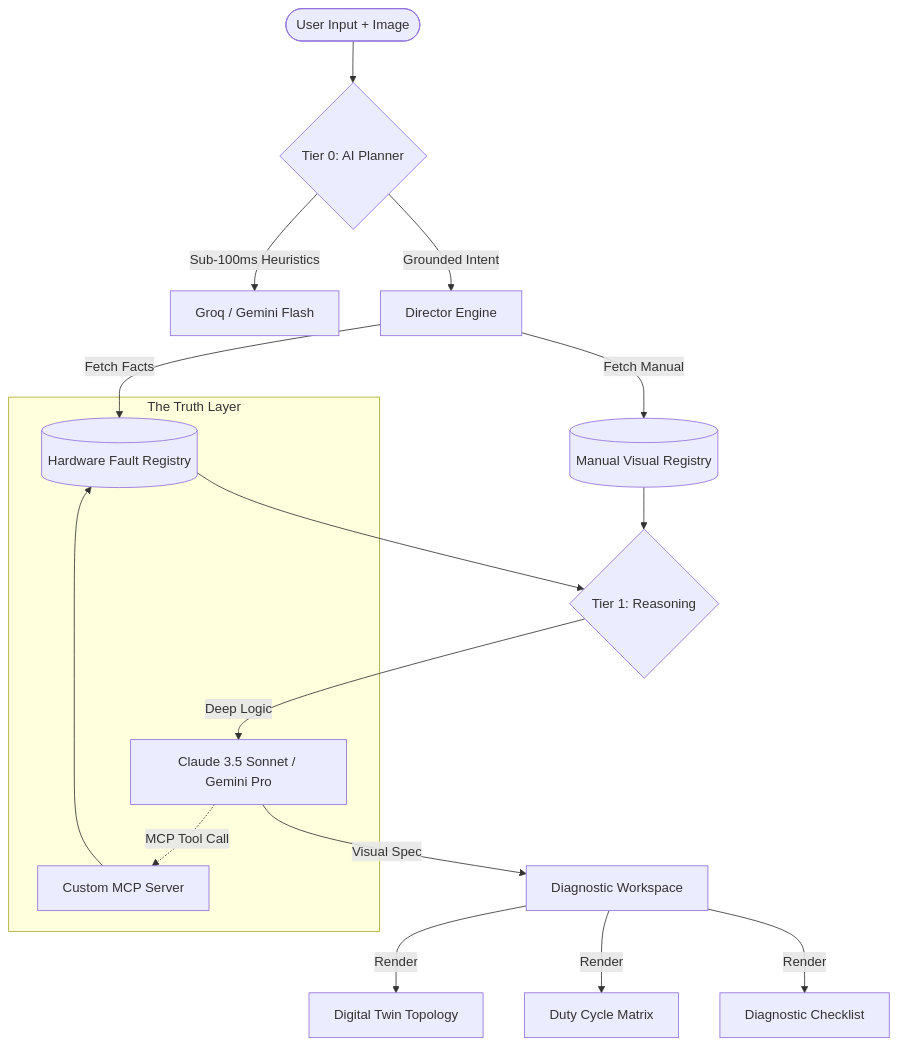
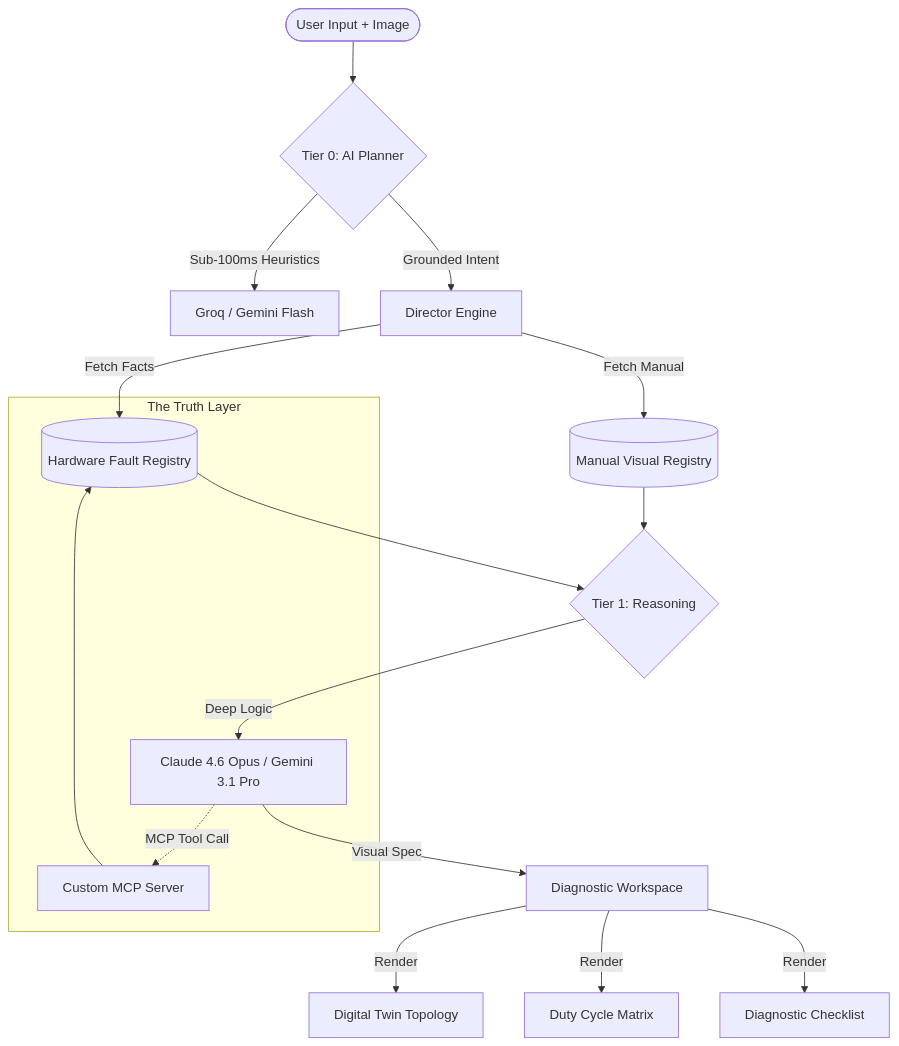
The first of 2 diagrams in README.md (ashishsandhu/prox-challenge), drawn with Mermaid before and after one commit. The commit also changed other lines of this file and 7 other files, not shown here.

````diff
--- a/README.md
+++ b/README.md
@@ -50,23 +50,23 @@
 ```mermaid
 graph TD
     User([User Input + Image]) --> Planner{Tier 0: AI Planner}
     Planner -->|Sub-100ms Heuristics| Heuristics[Groq / Gemini Flash]
     Planner -->|Grounded Intent| Controller[Director Engine]
     
     Controller -->|Fetch Facts| Registry[(Hardware Fault Registry)]
     Controller -->|Fetch Manual| Manual[(Manual Visual Registry)]
     
     Registry --> Reasoning{Tier 1: Reasoning}
     Manual --> Reasoning
-    Reasoning -->|Deep Logic| Claude[Claude 3.5 Sonnet / Gemini Pro]
+    Reasoning -->|Deep Logic| Claude[Claude 4.6 Opus / Gemini 3.1 Pro]
     
     Claude -->|Visual Spec| Workspace[Diagnostic Workspace]
     Workspace -->|Render| Topology[Digital Twin Topology]
     Workspace -->|Render| Calculator[Duty Cycle Matrix]
     Workspace -->|Render| Troubleshooting[Diagnostic Checklist]
 
     subgraph "The Truth Layer"
         Claude -.->|MCP Tool Call| Server[Custom MCP Server]
         Server --> Registry
     end
 ```
````
